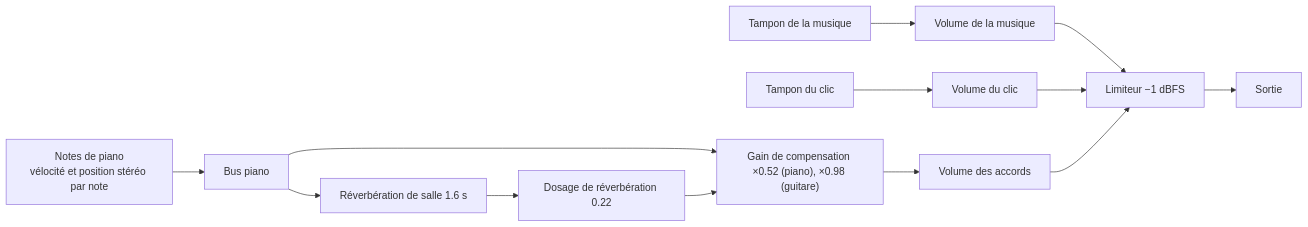
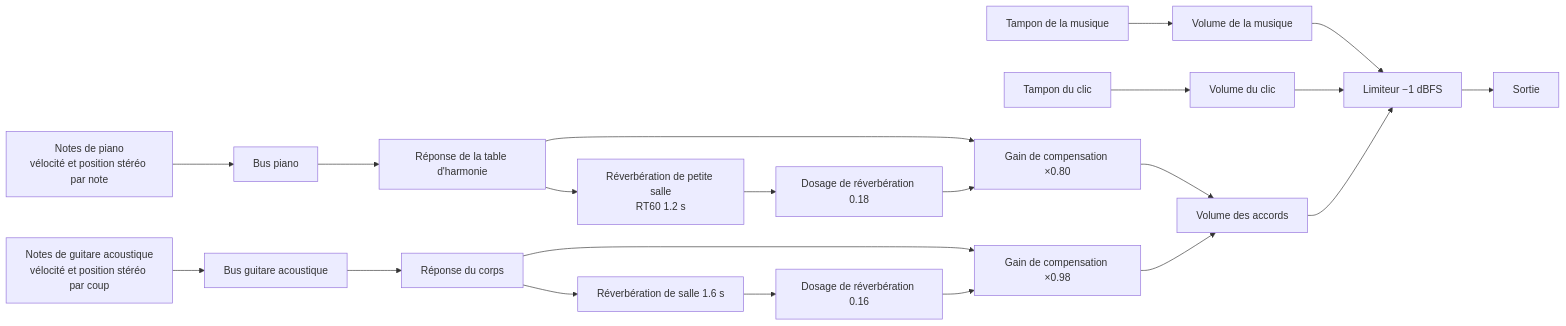
One commit to Velvitty/Chordity changed the third of 3 diagrams in README.fr.md. Above: the diagram before and after it, drawn with Mermaid. The commit also changed other lines of this file and 9 other files, not shown here.

````diff
--- a/README.fr.md
+++ b/README.fr.md
@@ -1367,13 +1419,17 @@
 ```mermaid
 flowchart LR
   M["Tampon de la musique"] --> GM["Volume de la musique"]
   C["Tampon du clic"] --> GC["Volume du clic"]
-  P["Notes de piano<br/>vélocité et position stéréo par note"] --> PB["Bus piano"]
-  PB --> MK["Gain de compensation ×0.52 (piano), ×0.98 (guitare)"]
-  PB --> RV["Réverbération de salle 1.6 s"] --> W["Dosage de réverbération 0.22"] --> MK
-  MK --> GP["Volume des accords"]
+  P["Notes de piano<br/>vélocité et position stéréo par note"] --> PB["Bus piano"] --> SB["Réponse de la table d'harmonie"]
+  SB --> MP["Gain de compensation ×0.80"]
+  SB --> RP["Réverbération de petite salle<br/>RT60 1.2 s"] --> WP["Dosage de réverbération 0.18"] --> MP
+  G["Notes de guitare acoustique<br/>vélocité et position stéréo par coup"] --> GB["Bus guitare acoustique"] --> BD["Réponse du corps"]
+  BD --> MG["Gain de compensation ×0.98"]
+  BD --> RG["Réverbération de salle 1.6 s"] --> WG["Dosage de réverbération 0.16"] --> MG
+  MP --> GP["Volume des accords"]
+  MG --> GP
   GM --> L["Limiteur −1 dBFS"]
   GC --> L
   GP --> L
   L --> O["Sortie"]
 ```
````
